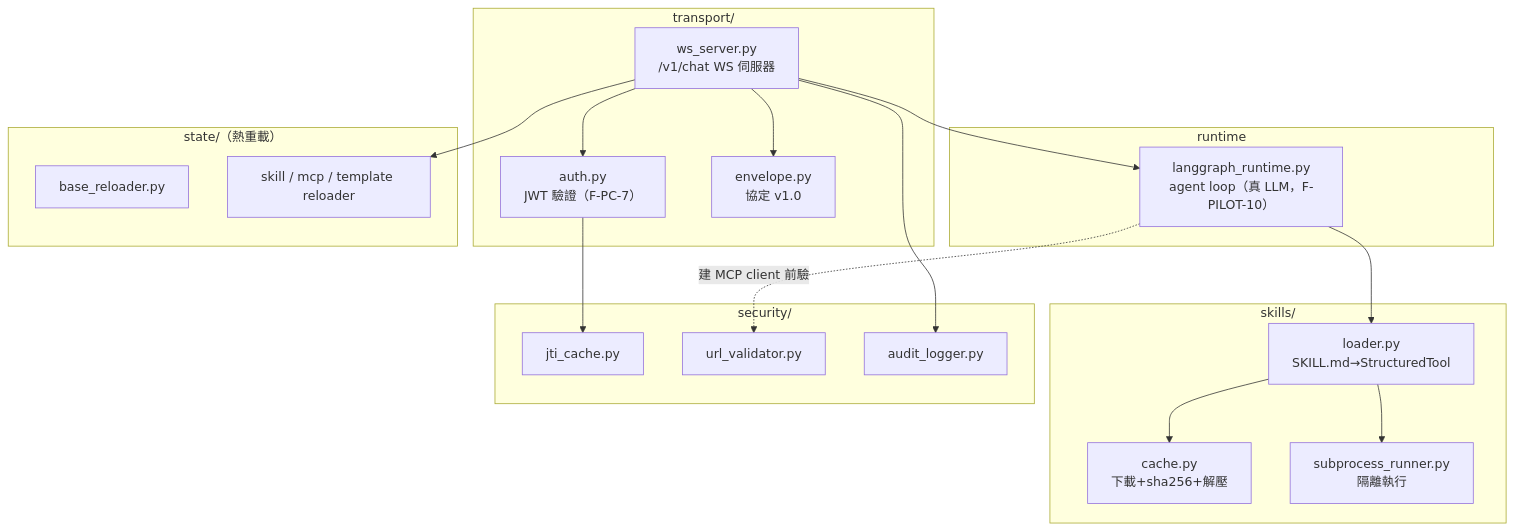
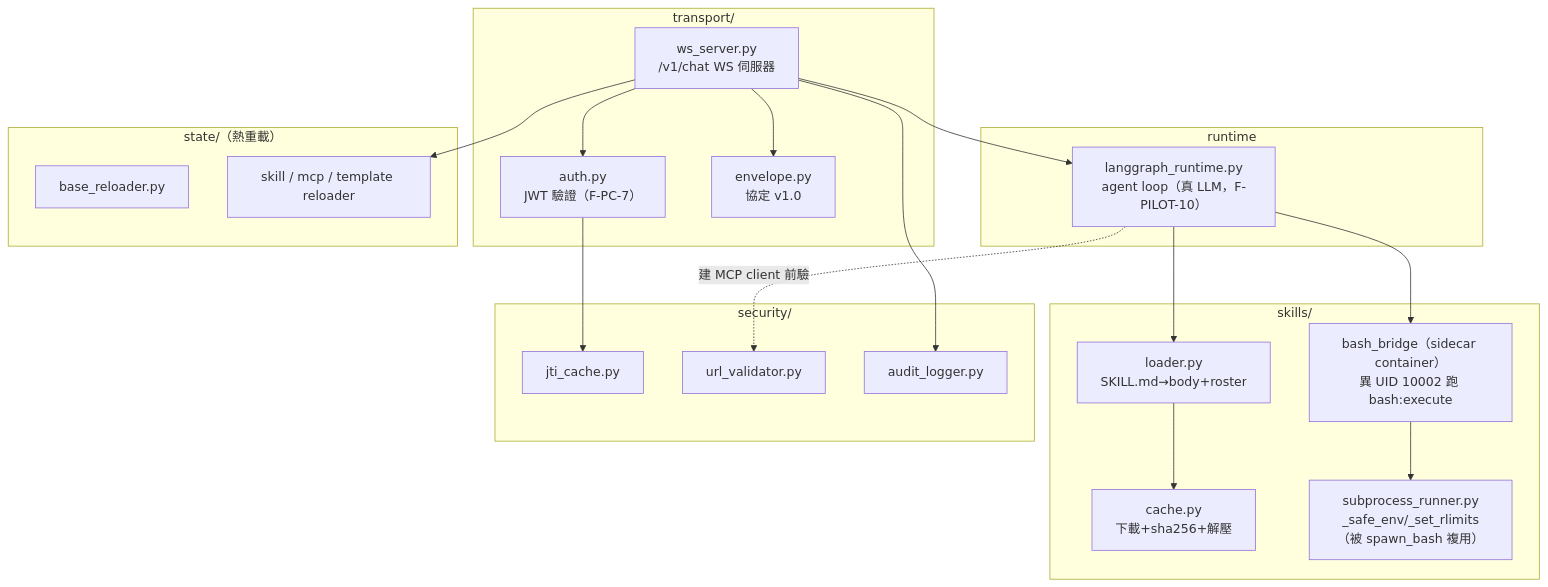
The first of 5 diagrams in docs/guides/paas-skill-system/06-pod-internals.md (WOOWTECH/odoo-addon-woow-paas-platform), drawn with Mermaid before and after one commit. The commit also changed other lines of this file and 7 other files, not shown here.

First line of the commit message:
docs: skill 知識庫對齊 Claude Code 執行模型 + bash sidecar

````diff
--- a/docs/guides/paas-skill-system/06-pod-internals.md
+++ b/docs/guides/paas-skill-system/06-pod-internals.md
@@ -24,35 +24,37 @@
 ```mermaid
 graph TB
     subgraph T["transport/"]
         WS["ws_server.py<br/>/v1/chat WS 伺服器"]
         AU["auth.py<br/>JWT 驗證（F-PC-7）"]
         EN["envelope.py<br/>協定 v1.0"]
     end
     subgraph R["runtime"]
         LG["langgraph_runtime.py<br/>agent loop（真 LLM，F-PILOT-10）"]
     end
     subgraph SK["skills/"]
-        LO["loader.py<br/>SKILL.md→StructuredTool"]
+        LO["loader.py<br/>SKILL.md→body+roster"]
         CA["cache.py<br/>下載+sha256+解壓"]
-        SR["subprocess_runner.py<br/>隔離執行"]
+        SR["subprocess_runner.py<br/>_safe_env/_set_rlimits（被 spawn_bash 複用）"]
+        BB["bash_bridge（sidecar container）<br/>異 UID 10002 跑 bash:execute"]
     end
     subgraph ST["state/（熱重載）"]
         BR["base_reloader.py"]
         RLS["skill / mcp / template reloader"]
     end
     subgraph SE["security/"]
         JT["jti_cache.py"]
         UV["url_validator.py"]
         AL["audit_logger.py"]
     end
     WS --> AU
     WS --> EN
     WS --> LG
     LG --> LO
     LO --> CA
-    LO --> SR
+    LG --> BB
+    BB --> SR
     WS --> RLS
     AU --> JT
     LG -.建 MCP client 前驗.-> UV
     WS --> AL
 ```
````
